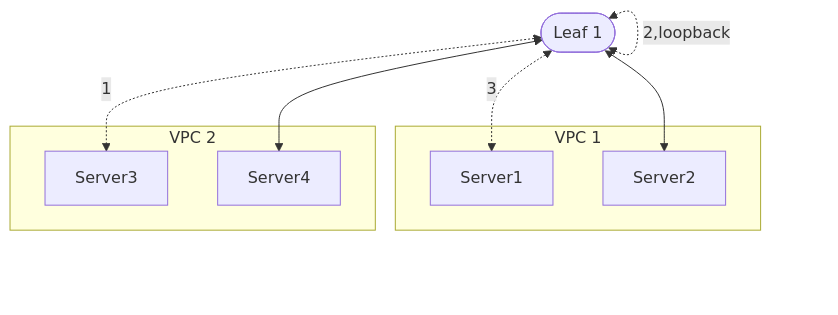
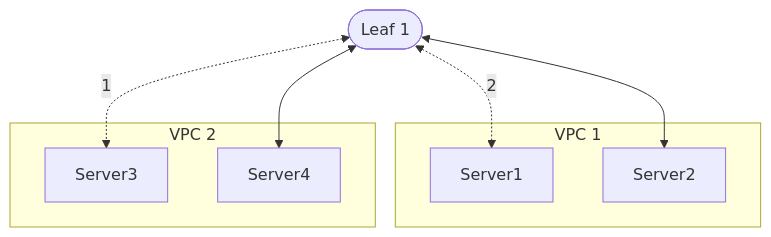
One commit to githedgehog/docs changed the fourth of 5 diagrams in docs/install-upgrade/build-wiring.md. Above: the diagram before and after it, drawn with Mermaid. The commit also changed other lines of this file and 3 other files, not shown here.

````diff
--- a/docs/install-upgrade/build-wiring.md
+++ b/docs/install-upgrade/build-wiring.md
@@ -178,24 +178,23 @@
 ``` mermaid
 graph TD
 
     L1([Leaf 1])
     S1[Server1]
     S2[Server2]
     S3[Server3]
     S4[Server4]
 
-    L1 <-.2,loopback.-> L1;
-    L1 <-.3.-> S1;
+    L1 <-.2.-> S1;
     L1 <--> S2 & S4;
     L1 <-.1.-> S3;
 
     subgraph VPC 1
     S1
     S2
     end
 
     subgraph VPC 2
     S3
     S4
     end
 ```
````
